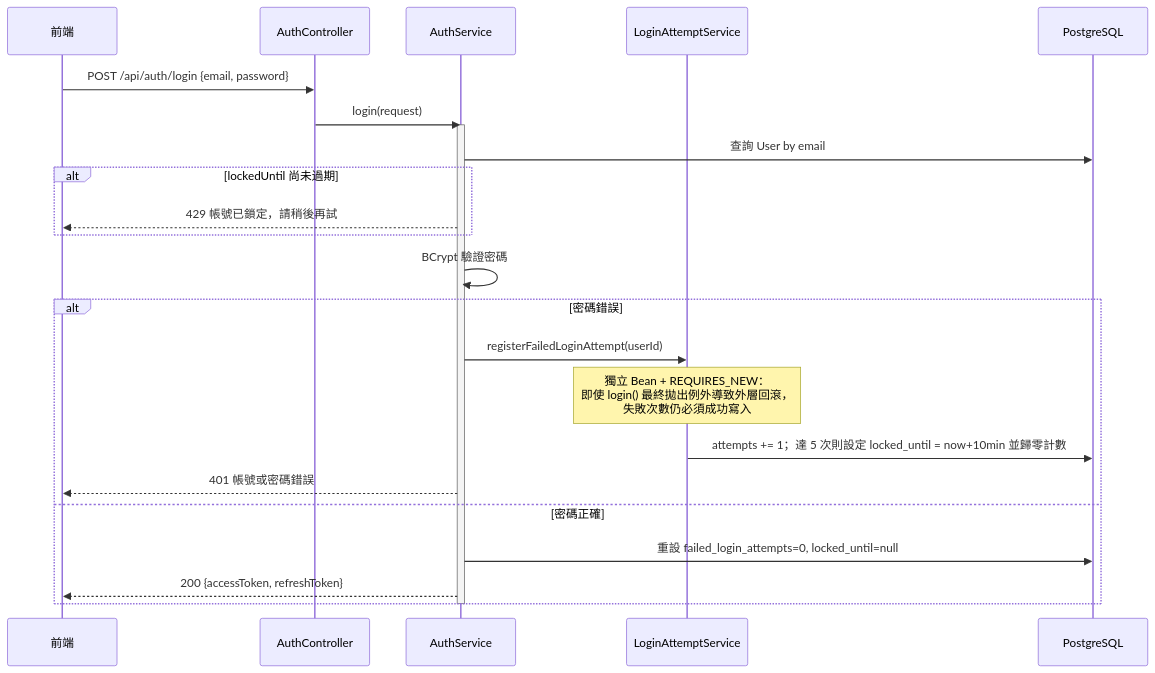
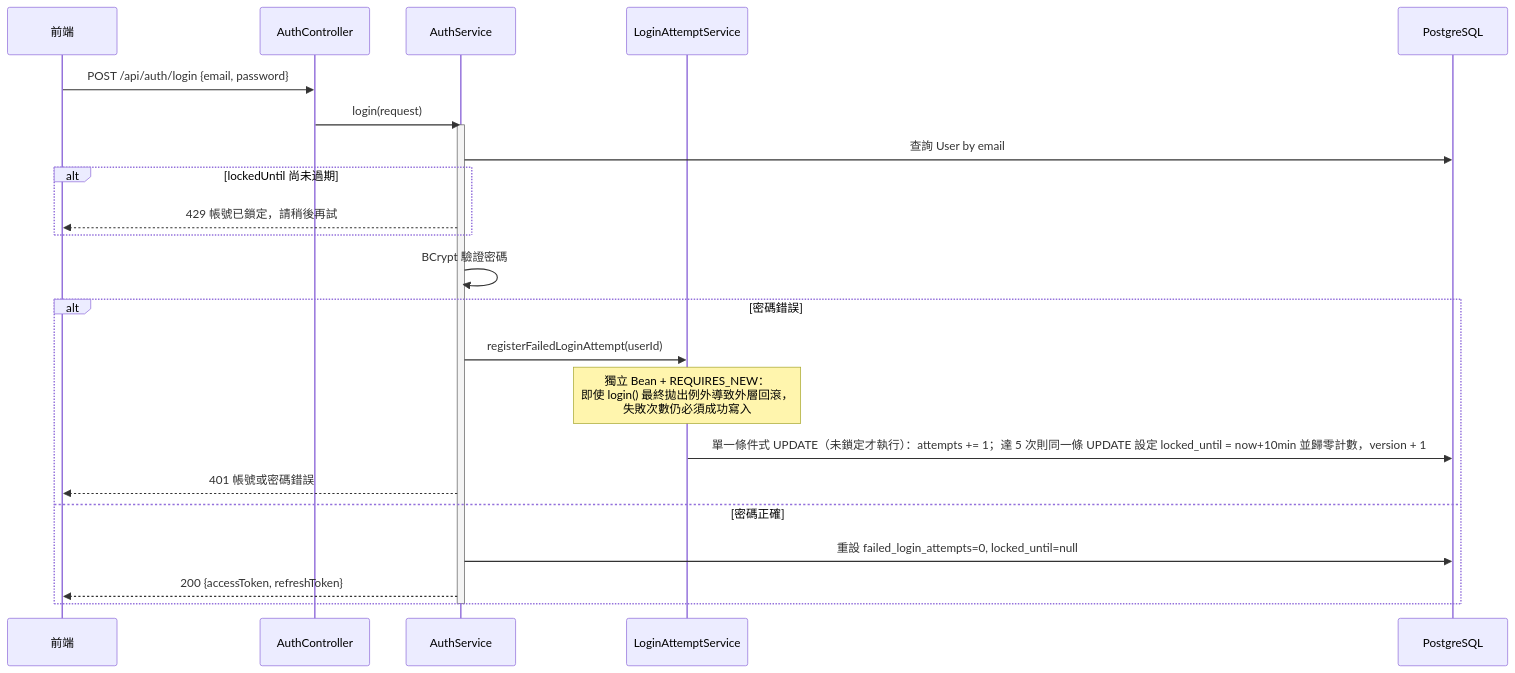
The fourth of 11 diagrams in docs/sd/SD-000-authentication-authorization.md (willchiangch/cat-sitter-project), drawn with Mermaid before and after one commit. The commit also changed other lines of this file and 4 other files, not shown here.

````diff
--- a/docs/sd/SD-000-authentication-authorization.md
+++ b/docs/sd/SD-000-authentication-authorization.md
@@ -83,27 +83,27 @@
 ```mermaid
 sequenceDiagram
     participant FE as 前端
     participant BE as AuthController
     participant SVC as AuthService
     participant LAS as LoginAttemptService
     participant DB as PostgreSQL
 
     FE->>BE: POST /api/auth/login {email, password}
     BE->>SVC: login(request)
     activate SVC
     SVC->>DB: 查詢 User by email
     alt lockedUntil 尚未過期
         SVC-->>FE: 429 帳號已鎖定，請稍後再試
     end
     SVC->>SVC: BCrypt 驗證密碼
     alt 密碼錯誤
         SVC->>LAS: registerFailedLoginAttempt(userId)
         Note over LAS: 獨立 Bean + REQUIRES_NEW：<br/>即使 login() 最終拋出例外導致外層回滾，<br/>失敗次數仍必須成功寫入
-        LAS->>DB: attempts += 1；達 5 次則設定 locked_until = now+10min 並歸零計數
+        LAS->>DB: 單一條件式 UPDATE（未鎖定才執行）：attempts += 1；達 5 次則同一條 UPDATE 設定 locked_until = now+10min 並歸零計數，version + 1
         SVC-->>FE: 401 帳號或密碼錯誤
     else 密碼正確
         SVC->>DB: 重設 failed_login_attempts=0, locked_until=null
         SVC-->>FE: 200 {accessToken, refreshToken}
     end
     deactivate SVC
 ```
````
